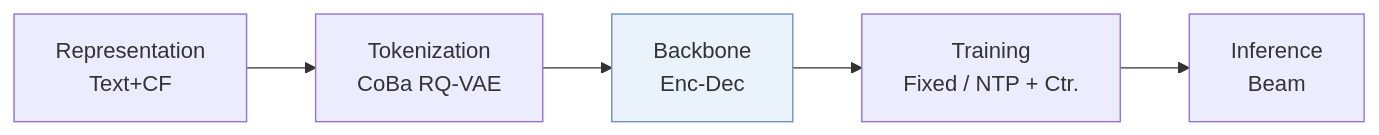
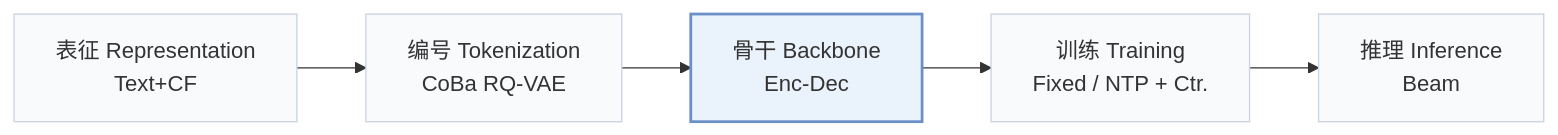
The first of 3 diagrams in pages/zh/papers/s2gr.md (Galaxy-ghost/Awesome-SID-Generative-Rec), drawn with Mermaid before and after one commit. The commit also changed other lines of this file and 649 other files, not shown here.

Commit message:
writer-05: also tags and modality index (schema, check, build, visuals); summary field removed; calibration data for 12 papers

````diff
--- a/pages/zh/papers/s2gr.md
+++ b/pages/zh/papers/s2gr.md
@@ -13,6 +15,8 @@
 ```mermaid
 flowchart LR
-    R["Representation<br/>Text+CF"] --> T["Tokenization<br/>CoBa RQ-VAE"] --> B["Backbone<br/>Enc-Dec"] --> TR["Training<br/>Fixed / NTP + Ctr."] --> I["Inference<br/>Beam"]
-    classDef main fill:#eaf2fb,stroke:#6b8fc7
+    R["表征 Representation<br/>Text+CF"] --> T["编号 Tokenization<br/>CoBa RQ-VAE"] --> B["骨干 Backbone<br/>Enc-Dec"] --> TR["训练 Training<br/>Fixed / NTP + Ctr."] --> I["推理 Inference<br/>Beam"]
+    classDef base fill:#f8fafc,stroke:#cbd5e1
+    class R,T,B,TR,I base
+    classDef main fill:#eaf2fb,stroke:#6b8fc7,stroke-width:2px
     class B main
 ```
````
